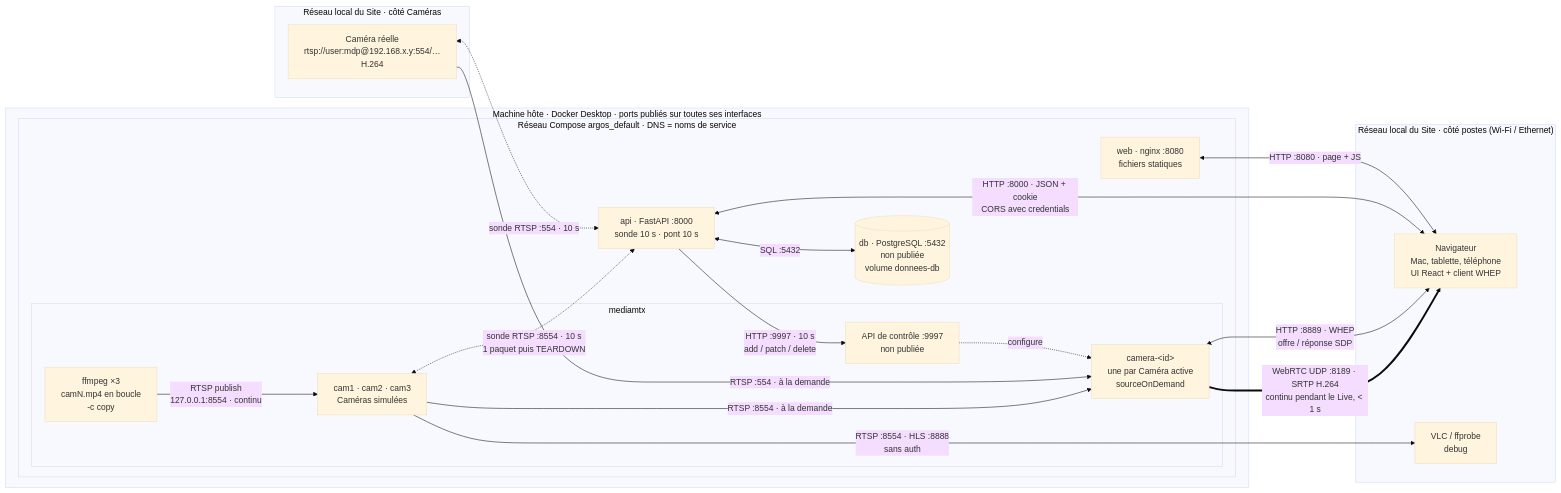
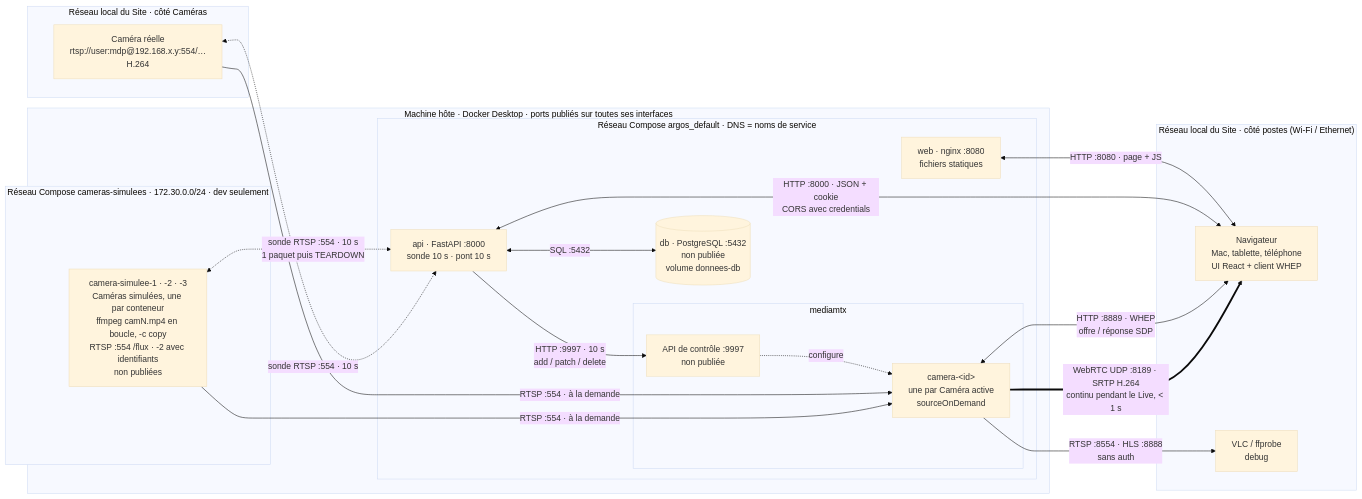
Before and after one commit to UlyssouLV/ArgOS: the diagram in docs/dev/schema-flux.md, drawn with Mermaid (base theme). The commit also changed other lines of this file and 16 other files, not shown here.

First line of the commit message:
Fait des Caméras simulées trois hôtes RTSP distincts, hors de la prod

````diff
--- a/docs/dev/schema-flux.md
+++ b/docs/dev/schema-flux.md
@@ -7,41 +7,41 @@
 ```mermaid
 flowchart LR
     subgraph LANC["Réseau local du Site · côté Caméras"]
         CAMR["Caméra réelle<br/>rtsp://user:mdp@192.168.x.y:554/…<br/>H.264"]
     end
 
     subgraph HOTE["Machine hôte · Docker Desktop · ports publiés sur toutes ses interfaces"]
+        subgraph SIMU["Réseau Compose cameras-simulees · 172.30.0.0/24 · dev seulement"]
+            SIM["camera-simulee-1 · -2 · -3<br/>Caméras simulées, une par conteneur<br/>ffmpeg camN.mp4 en boucle, -c copy<br/>RTSP :554 /flux · -2 avec identifiants<br/>non publiées"]
+        end
         subgraph COMPOSE["Réseau Compose argos_default · DNS = noms de service"]
             subgraph MTX["mediamtx"]
-                FF["ffmpeg ×3<br/>camN.mp4 en boucle<br/>-c copy"]
-                SIM["cam1 · cam2 · cam3<br/>Caméras simulées"]
                 PONT["camera-&lt;id&gt;<br/>une par Caméra active<br/>sourceOnDemand"]
                 CTRL["API de contrôle :9997<br/>non publiée"]
             end
             API["api · FastAPI :8000<br/>sonde 10 s · pont 10 s"]
             DB[("db · PostgreSQL :5432<br/>non publiée<br/>volume donnees-db")]
             WEB["web · nginx :8080<br/>fichiers statiques"]
         end
     end
 
     subgraph LANP["Réseau local du Site · côté postes (Wi-Fi / Ethernet)"]
         NAV["Navigateur<br/>Mac, tablette, téléphone<br/>UI React + client WHEP"]
         VLC["VLC / ffprobe<br/>debug"]
     end
 
-    FF -- "RTSP publish<br/>127.0.0.1:8554 · continu" --> SIM
-    SIM -- "RTSP :8554 · à la demande" --> PONT
+    SIM -- "RTSP :554 · à la demande" --> PONT
     CAMR -- "RTSP :554 · à la demande" --> PONT
     PONT == "WebRTC UDP :8189 · SRTP H.264<br/>continu pendant le Live, < 1 s" ==> NAV
-    SIM -- "RTSP :8554 · HLS :8888<br/>sans auth" --> VLC
+    PONT -- "RTSP :8554 · HLS :8888<br/>sans auth" --> VLC
 
     CAMR <-. "sonde RTSP :554 · 10 s" .-> API
-    SIM <-. "sonde RTSP :8554 · 10 s<br/>1 paquet puis TEARDOWN" .-> API
+    SIM <-. "sonde RTSP :554 · 10 s<br/>1 paquet puis TEARDOWN" .-> API
     API -- "HTTP :9997 · 10 s<br/>add / patch / delete" --> CTRL
     CTRL -. configure .-> PONT
     API <-- "SQL :5432" --> DB
 
     PONT <-- "HTTP :8889 · WHEP<br/>offre / réponse SDP" --> NAV
     API <-- "HTTP :8000 · JSON + cookie<br/>CORS avec credentials" --> NAV
     WEB <-- "HTTP :8080 · page + JS" --> NAV
 ```
````
